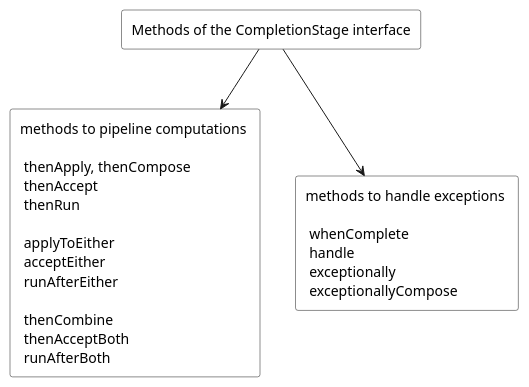
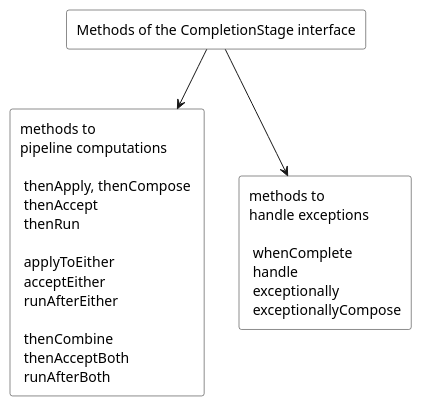
The diagram in images/methods of CompletionStage.puml (ti-cortex-m4/demo-java-completablefuture), drawn with PlantUML before and after one commit. The commit also changed 1 other file, not shown here.

```diff
--- a/images/methods of CompletionStage.puml
+++ b/images/methods of CompletionStage.puml
@@ -1,14 +1,14 @@
 @startuml
 
 scale 1.0
 skinparam monochrome true
 skinparam RectangleBackgroundColor white
 
 rectangle "Methods of the CompletionStage interface" as Methods
-rectangle "methods to pipeline computations \n  \n thenApply, thenCompose \n thenAccept \n thenRun \n\n applyToEither \n acceptEither \n runAfterEither \n\n thenCombine \n thenAcceptBoth \n runAfterBoth" as Pipelining
-rectangle "methods to handle exceptions \n  \n whenComplete \n handle \n exceptionally \n exceptionallyCompose" as ExceptionHandling
+rectangle "methods to\npipeline computations \n  \n thenApply, thenCompose \n thenAccept \n thenRun \n\n applyToEither \n acceptEither \n runAfterEither \n\n thenCombine \n thenAcceptBoth \n runAfterBoth" as Pipelining
+rectangle "methods to\nhandle exceptions \n  \n whenComplete \n handle \n exceptionally \n exceptionallyCompose" as ExceptionHandling
 
 Methods --> ExceptionHandling
 Methods --> Pipelining
 
 @enduml
```
